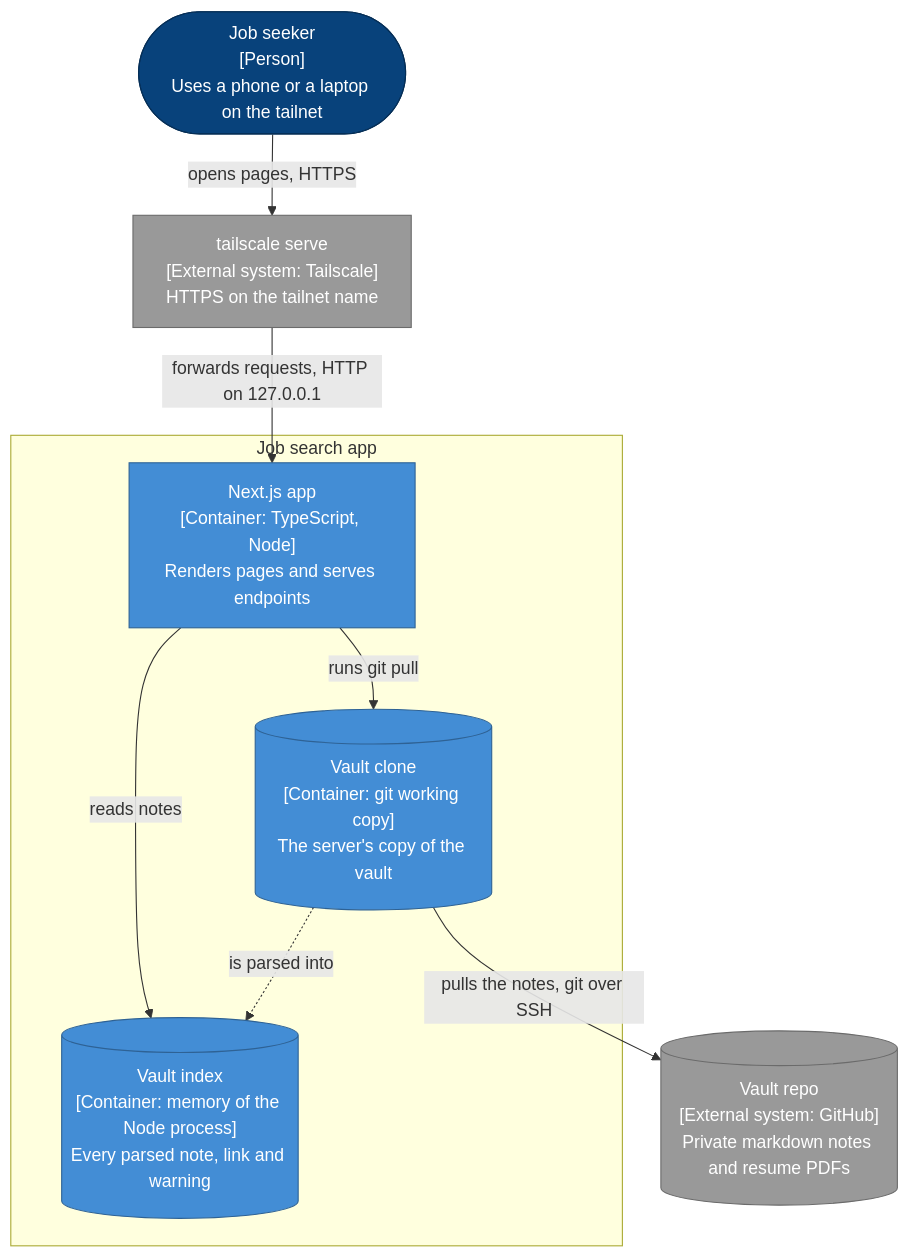
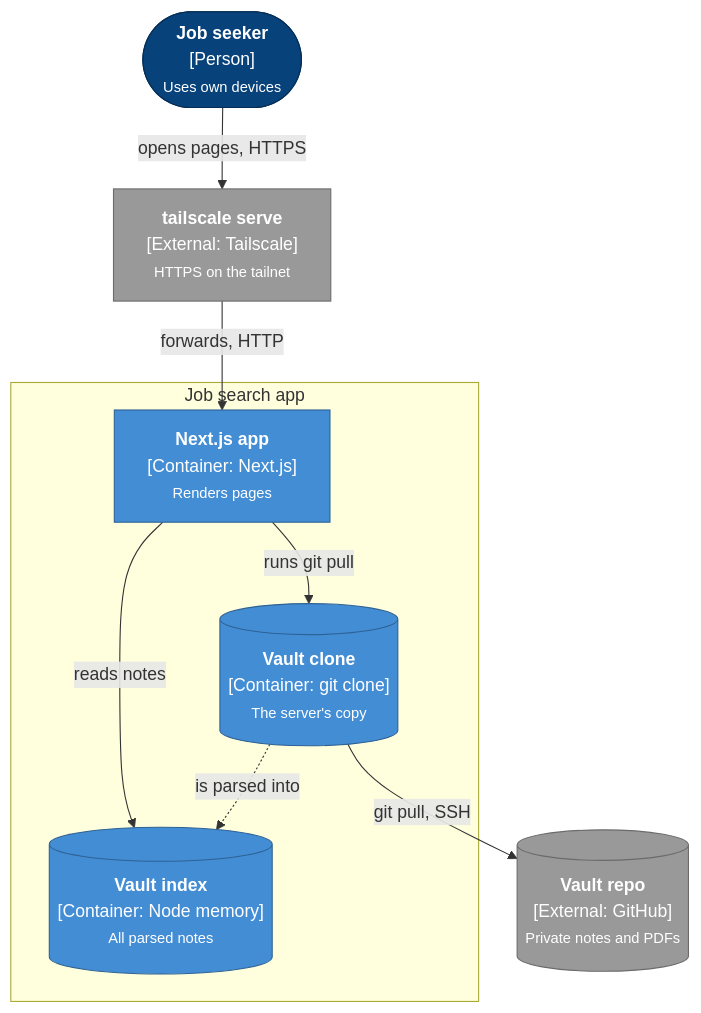
Before and after one commit to lyeyixian/job-search-app: the second of 2 diagrams in docs/architecture/README.md, drawn with Mermaid. The commit also changed other lines of this file and 4 other files, not shown here.

First line of the commit message:
Shorten diagram labels and set line limits in the templates

````diff
--- a/docs/architecture/README.md
+++ b/docs/architecture/README.md
@@ -49,27 +49,27 @@
 ```mermaid
 flowchart TB
-    user(["Job seeker<br/>[Person]<br/>Uses a phone or a laptop on the tailnet"]):::person
-    serve["tailscale serve<br/>[External system: Tailscale]<br/>HTTPS on the tailnet name"]:::external
+    user(["<b>Job seeker</b><br/>[Person]<br/><small>Uses own devices</small>"]):::person
+    serve["<b>tailscale serve</b><br/>[External: Tailscale]<br/><small>HTTPS on the tailnet</small>"]:::external
 
     subgraph system["Job search app"]
-        next["Next.js app<br/>[Container: TypeScript, Node]<br/>Renders pages and serves endpoints"]:::container
-        index[("Vault index<br/>[Container: memory of the Node process]<br/>Every parsed note, link and warning")]:::store
-        clone[("Vault clone<br/>[Container: git working copy]<br/>The server's copy of the vault")]:::store
+        next["<b>Next.js app</b><br/>[Container: Next.js]<br/><small>Renders pages</small>"]:::container
+        index[("<b>Vault index</b><br/>[Container: Node memory]<br/><small>All parsed notes</small>")]:::store
+        clone[("<b>Vault clone</b><br/>[Container: git clone]<br/><small>The server's copy</small>")]:::store
     end
 
-    github[("Vault repo<br/>[External system: GitHub]<br/>Private markdown notes and resume PDFs")]:::external
+    github[("<b>Vault repo</b><br/>[External: GitHub]<br/><small>Private notes and PDFs</small>")]:::external
 
     user -- "opens pages, HTTPS" --> serve
-    serve -- "forwards requests, HTTP on 127.0.0.1" --> next
+    serve -- "forwards, HTTP" --> next
     next -- "reads notes" --> index
     clone -. "is parsed into" .-> index
     next -- "runs git pull" --> clone
-    clone -- "pulls the notes, git over SSH" --> github
+    clone -- "git pull, SSH" --> github
 
     classDef person fill:#08427b,stroke:#052e56,color:#ffffff
     classDef system fill:#1168bd,stroke:#0b4884,color:#ffffff
     classDef container fill:#438dd5,stroke:#2e6295,color:#ffffff
     classDef component fill:#85bbf0,stroke:#5d82a8,color:#000000
     classDef store fill:#438dd5,stroke:#2e6295,color:#ffffff
     classDef external fill:#999999,stroke:#6b6b6b,color:#ffffff
 ```
````
